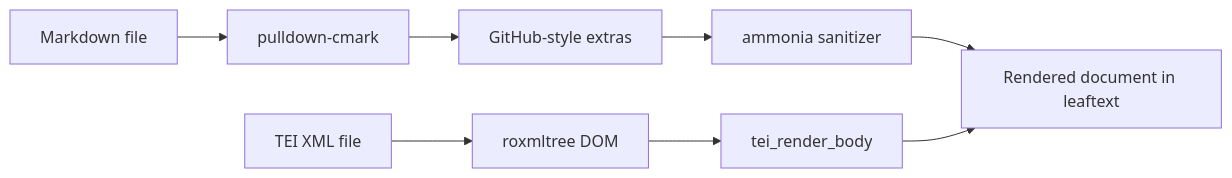
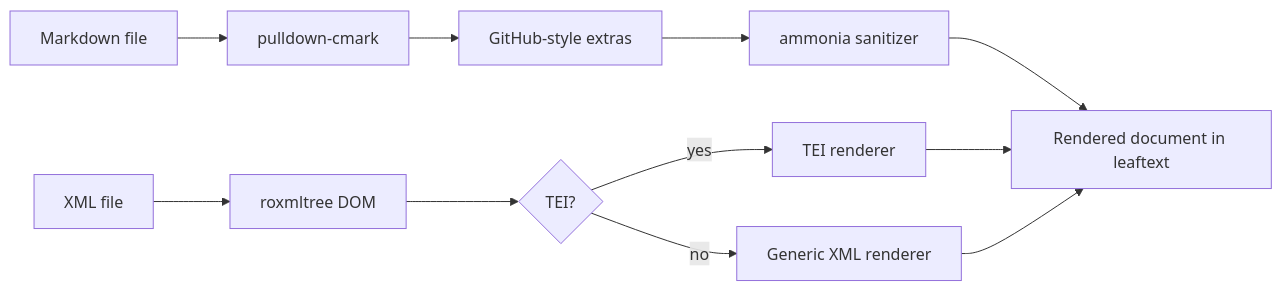
One commit to ryanallen/leaftext changed the first of 3 diagrams in docs/01-features/01-rendering.md. Above: the diagram before and after it, drawn with Mermaid. The commit also changed other lines of this file and 20 other files, not shown here.

Commit message:
Render any XML, not just TEI

````diff
--- a/docs/01-features/01-rendering.md
+++ b/docs/01-features/01-rendering.md
@@ -21,10 +22,13 @@
 ```mermaid
 flowchart LR
     A[Markdown file] --> B[pulldown-cmark]
     B --> C[GitHub-style extras]
     C --> D[ammonia sanitizer]
     D --> E[Rendered document in leaftext]
-    F[TEI XML file] --> G[roxmltree DOM]
-    G --> H[tei_render_body]
-    H --> E
+    F[XML file] --> G[roxmltree DOM]
+    G --> H{TEI?}
+    H -->|yes| I[TEI renderer]
+    H -->|no| J[Generic XML renderer]
+    I --> E
+    J --> E
 ```
````
